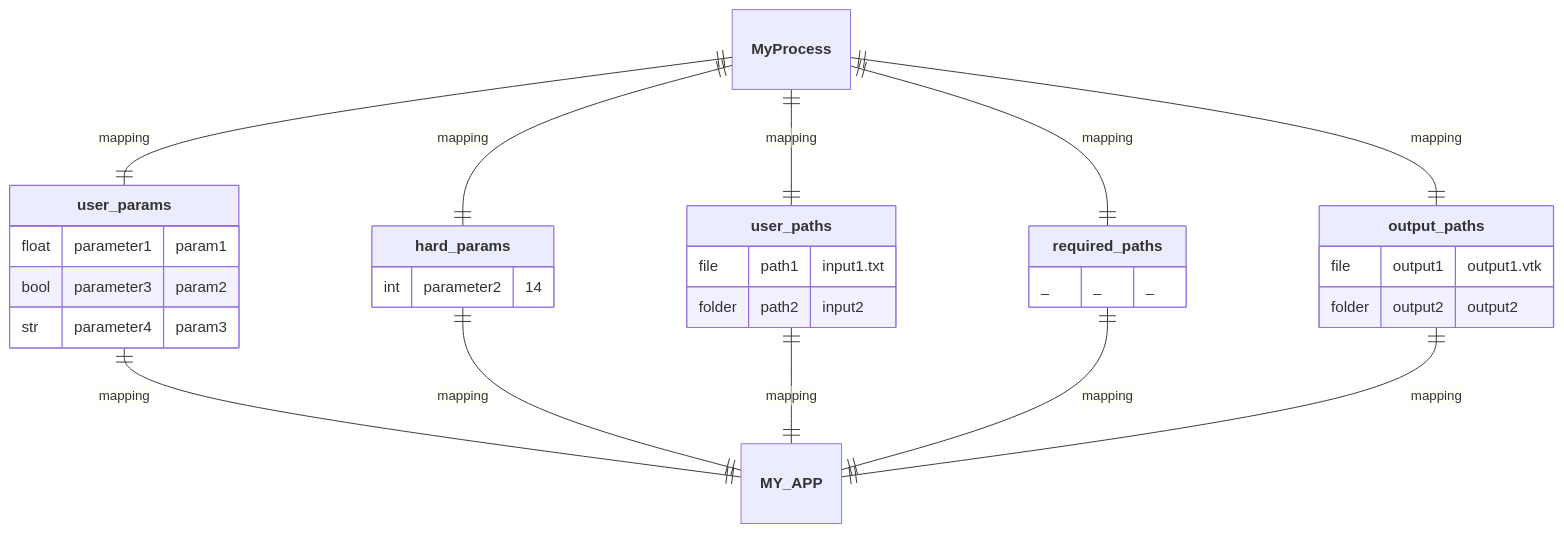
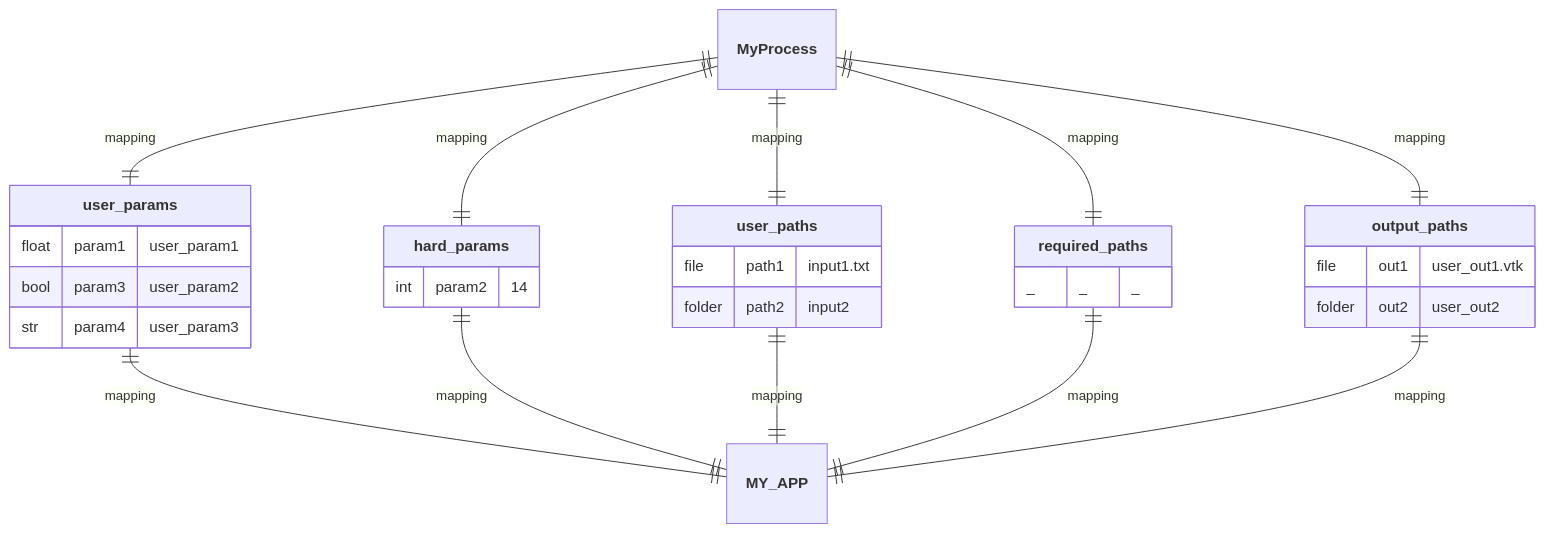
One commit to nuremics/nuremics changed the ninth of 9 diagrams in README.md. Above: the diagram before and after it, drawn with Mermaid. The commit also changed other lines of this file, not shown here.

````diff
--- a/README.md
+++ b/README.md
@@ -253,33 +253,33 @@
 ```mermaid
 erDiagram
   **MyProcess** ||--|| **user_params** : mapping
   **MyProcess** ||--|| **hard_params** : mapping
   **MyProcess** ||--|| **user_paths** : mapping
   **MyProcess** ||--|| **required_paths** : mapping
   **MyProcess** ||--|| **output_paths** : mapping
   **user_params** ||--|| **MY_APP** : mapping
   **hard_params** ||--|| **MY_APP** : mapping
   **user_paths** ||--|| **MY_APP** : mapping
   **required_paths** ||--|| **MY_APP** : mapping
   **output_paths** ||--|| **MY_APP** : mapping
 
   **user_params** {
-    float parameter1 "param1"
-    bool parameter3 "param2"
-    str parameter4 "param3"
+    float param1 "user_param1"
+    bool param3 "user_param2"
+    str param4 "user_param3"
   }
   **hard_params** {
-    int parameter2 "14"
+    int param2 "14"
   }
   **user_paths** {
     file path1 "input1.txt"
     folder path2 "input2"
   }
   **required_paths** {
     _ _ "_"
   }
   **output_paths** {
-    file output1 "output1.vtk"
-    folder output2 "output2"
+    file out1 "user_out1.vtk"
+    folder out2 "user_out2"
   }
 ```
````
